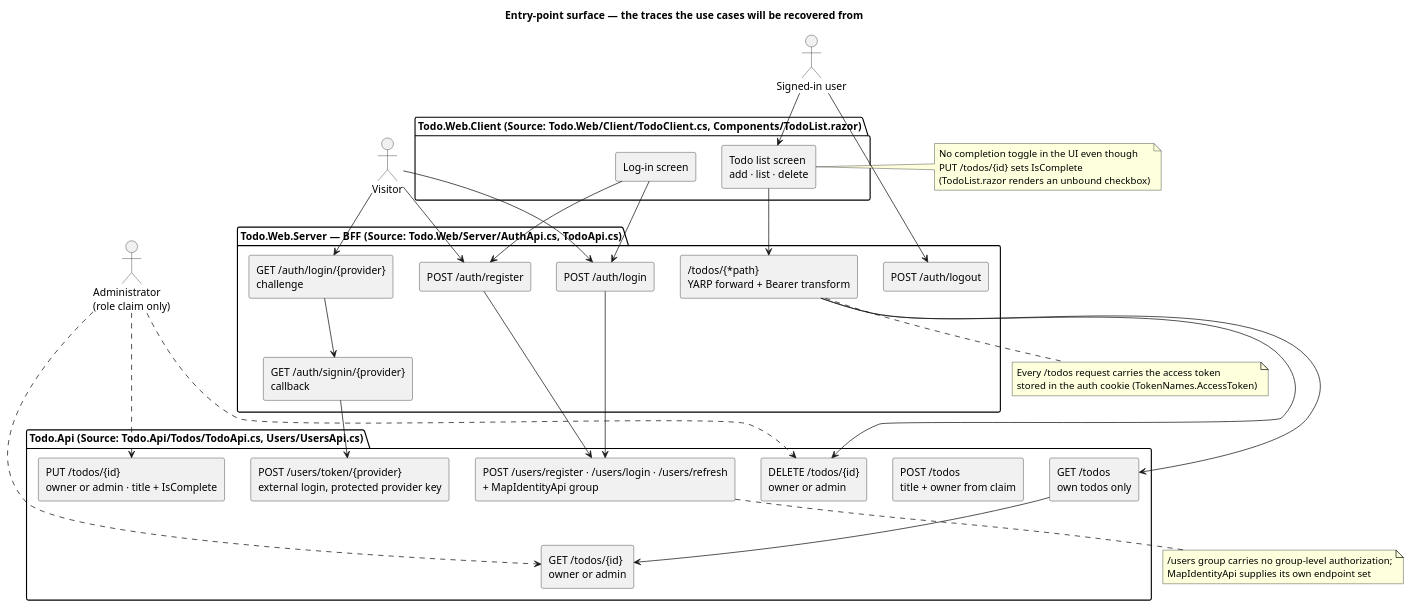
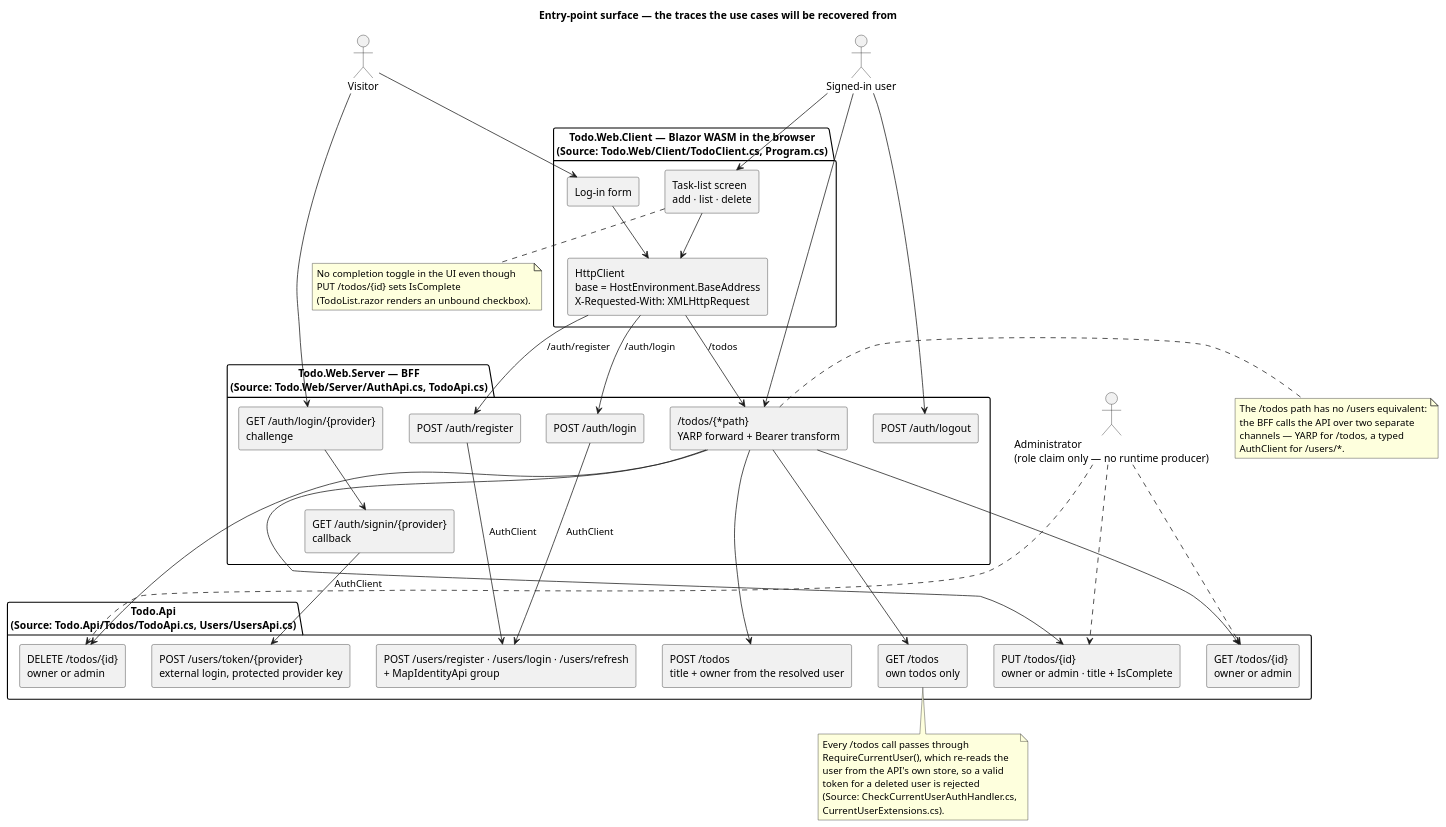
One commit to banense-test/TodoApp changed the second of 3 diagrams in docs/artifacts/discovery/system-inventory.md. Above: the diagram before and after it, drawn with PlantUML. The commit also changed other lines of this file, not shown here.

Commit message:
Software Archaeologist [Survey1]: upsert System Inventory
[skip ci]

````diff
--- a/docs/artifacts/discovery/system-inventory.md
+++ b/docs/artifacts/discovery/system-inventory.md
@@ -92,68 +103,79 @@
 ```plantuml
 @startuml
 title Entry-point surface — the traces the use cases will be recovered from
 skinparam componentStyle rectangle
 skinparam shadowing false
 
 actor "Visitor" as VIS
 actor "Signed-in user" as USR
-actor "Administrator\n(role claim only)" as ADM
+actor "Administrator\n(role claim only — no runtime producer)" as ADM
 
-package "Todo.Web.Server — BFF (Source: Todo.Web/Server/AuthApi.cs, TodoApi.cs)" {
+package "Todo.Web.Client — Blazor WASM in the browser\n(Source: Todo.Web/Client/TodoClient.cs, Program.cs)" {
+  component "Task-list screen\nadd · list · delete" as UI1
+  component "Log-in form" as UI2
+  component "HttpClient\nbase = HostEnvironment.BaseAddress\nX-Requested-With: XMLHttpRequest" as CLIENT
+}
+
+package "Todo.Web.Server — BFF\n(Source: Todo.Web/Server/AuthApi.cs, TodoApi.cs)" {
   component "POST /auth/register" as BREG
   component "POST /auth/login" as BLOGIN
   component "POST /auth/logout" as BLOGOUT
   component "GET /auth/login/{provider}\nchallenge" as BEXT
   component "GET /auth/signin/{provider}\ncallback" as BSIGN
   component "/todos/{*path}\nYARP forward + Bearer transform" as BFWD
 }
 
-package "Todo.Api (Source: Todo.Api/Todos/TodoApi.cs, Users/UsersApi.cs)" {
+package "Todo.Api\n(Source: Todo.Api/Todos/TodoApi.cs, Users/UsersApi.cs)" {
   component "GET /todos\nown todos only" as TGET
   component "GET /todos/{id}\nowner or admin" as TGET1
-  component "POST /todos\ntitle + owner from claim" as TPOST
+  component "POST /todos\ntitle + owner from the resolved user" as TPOST
   component "PUT /todos/{id}\nowner or admin · title + IsComplete" as TPUT
   component "DELETE /todos/{id}\nowner or admin" as TDEL
   component "POST /users/register · /users/login · /users/refresh\n+ MapIdentityApi group" as UIDN
   component "POST /users/token/{provider}\nexternal login, protected provider key" as UEXT
 }
 
-package "Todo.Web.Client (Source: Todo.Web/Client/TodoClient.cs, Components/TodoList.razor)" {
-  component "Todo list screen\nadd · list · delete" as UI1
-  component "Log-in screen" as UI2
-}
-
-VIS --> BREG
-VIS --> BLOGIN
+VIS --> UI2
+USR --> UI1
+UI1 --> CLIENT
+UI2 --> CLIENT
+CLIENT --> BREG : /auth/register
+CLIENT --> BLOGIN : /auth/login
+BREG --> UIDN : AuthClient
+BLOGIN --> UIDN : AuthClient
 VIS --> BEXT
+BEXT --> BSIGN
+BSIGN --> UEXT : AuthClient
 USR --> BLOGOUT
-USR --> UI1
-UI1 --> BFWD
-UI2 --> BREG
-UI2 --> BLOGIN
-BREG --> UIDN
-BLOGIN --> UIDN
-BEXT --> BSIGN
-BSIGN --> UEXT
+USR --> BFWD
+CLIENT --> BFWD : /todos
 BFWD --> TGET
+BFWD --> TPOST
+BFWD --> TGET1
+BFWD --> TPUT
 BFWD --> TDEL
 ADM -.-> TGET1
 ADM -.-> TPUT
 ADM -.-> TDEL
-TGET --> TGET1
 
-note right of UI1
+note right of BFWD
+  The /todos path has no /users equivalent:
+  the BFF calls the API over two separate
+  channels — YARP for /todos, a typed
+  AuthClient for /users/*.
+end note
+note bottom of TGET
+  Every /todos call passes through
+  RequireCurrentUser(), which re-reads the
+  user from the API's own store, so a valid
+  token for a deleted user is rejected
+  (Source: CheckCurrentUserAuthHandler.cs,
+  CurrentUserExtensions.cs).
+end note
+note bottom of UI1
   No completion toggle in the UI even though
   PUT /todos/{id} sets IsComplete
-  (TodoList.razor renders an unbound checkbox)
-end note
-note bottom of BFWD
-  Every /todos request carries the access token
-  stored in the auth cookie (TokenNames.AccessToken)
-end note
-note bottom of UIDN
-  /users group carries no group-level authorization;
-  MapIdentityApi supplies its own endpoint set
+  (TodoList.razor renders an unbound checkbox).
 end note
 @enduml
 ```
````
